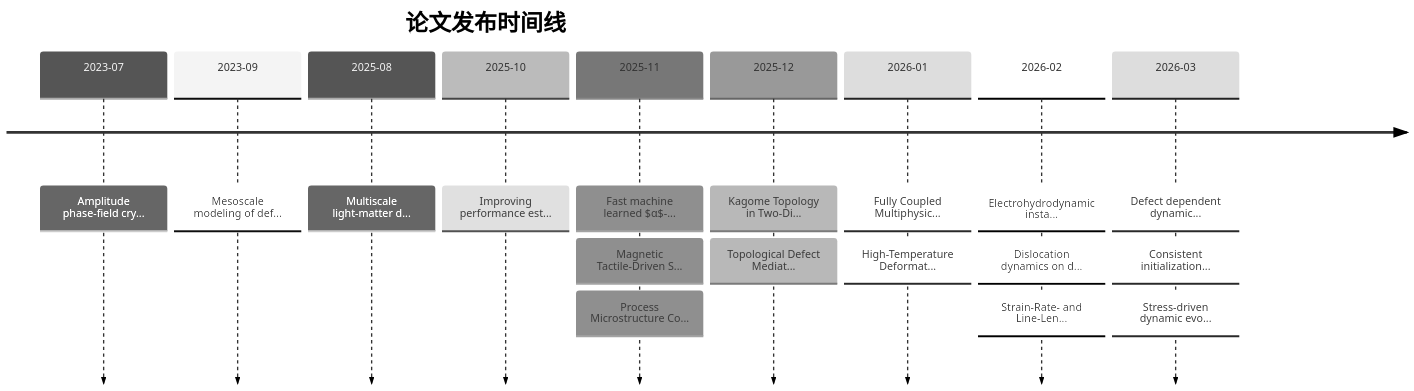
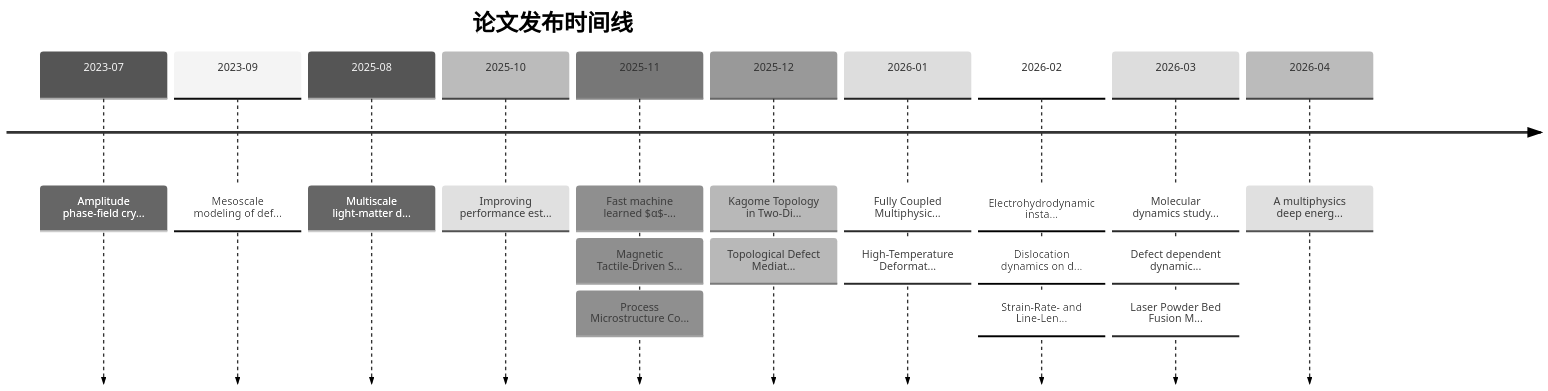
Before and after one commit to Shirakawa11111/BJK_readpaper: the second of 2 diagrams in reports/knowledge_graph.md, drawn with Mermaid (neutral theme). The commit also changed other lines of this file and 10 other files, not shown here.

````diff
--- a/reports/knowledge_graph.md
+++ b/reports/knowledge_graph.md
@@ -103,13 +107,14 @@
 ```mermaid
 timeline
     title 论文发布时间线
     2023-07 : Amplitude phase-field cry...
     2023-09 : Mesoscale modeling of def...
     2025-08 : Multiscale light-matter d...
     2025-10 : Improving performance est...
     2025-11 : Fast machine learned $α$-... : Magnetic Tactile-Driven S... : Process Microstructure Co...
     2025-12 : Kagome Topology in Two-Di... : Topological Defect Mediat...
     2026-01 : Fully Coupled Multiphysic... : High-Temperature Deformat...
     2026-02 : Electrohydrodynamic insta... : Dislocation dynamics on d... : Strain-Rate- and Line-Len...
-    2026-03 : Defect dependent dynamic... : Consistent initialization... : Stress-driven dynamic evo...
+    2026-03 : Molecular dynamics study... : Defect dependent dynamic... : Laser Powder Bed Fusion M...
+    2026-04 : A multiphysics deep energ...
 ```
````
